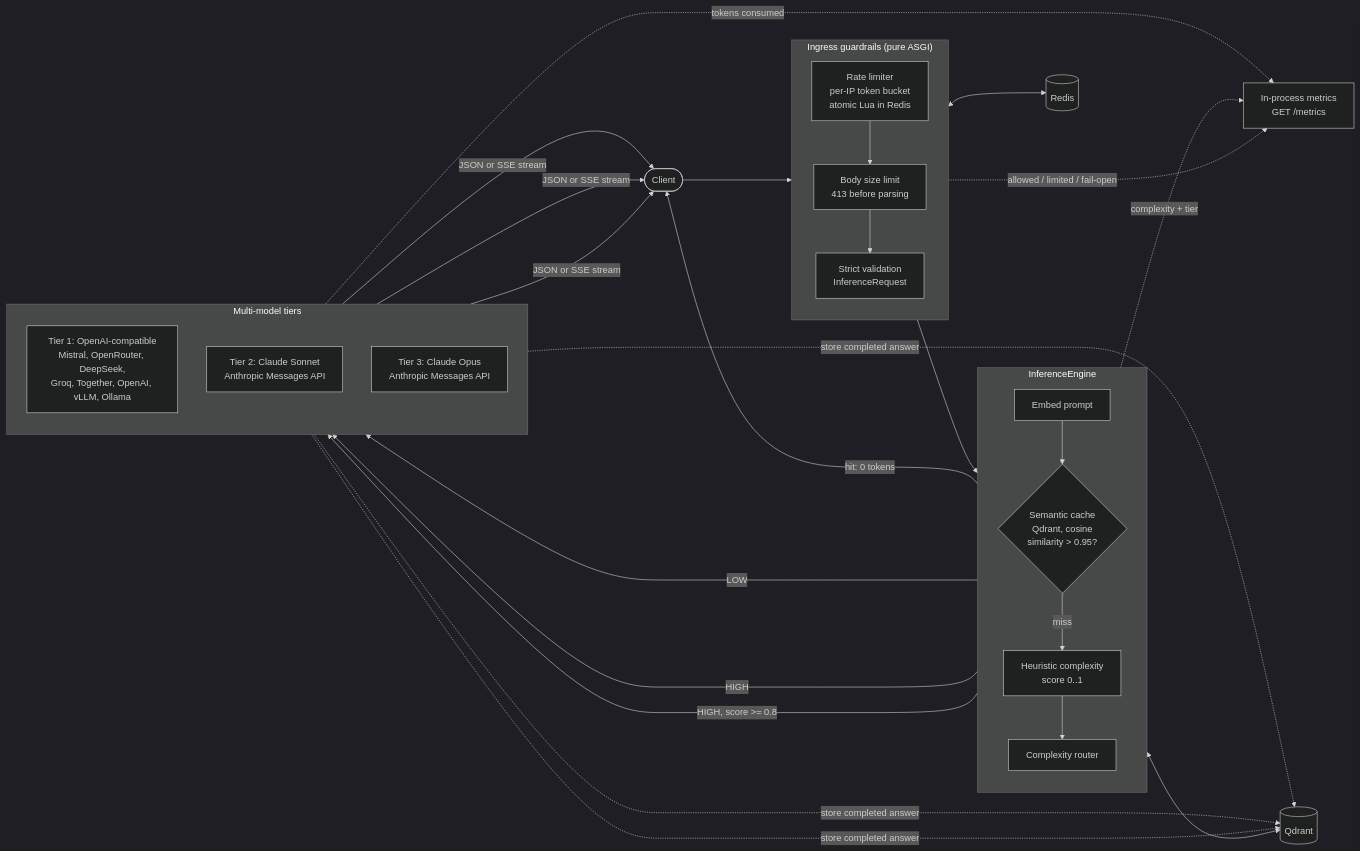
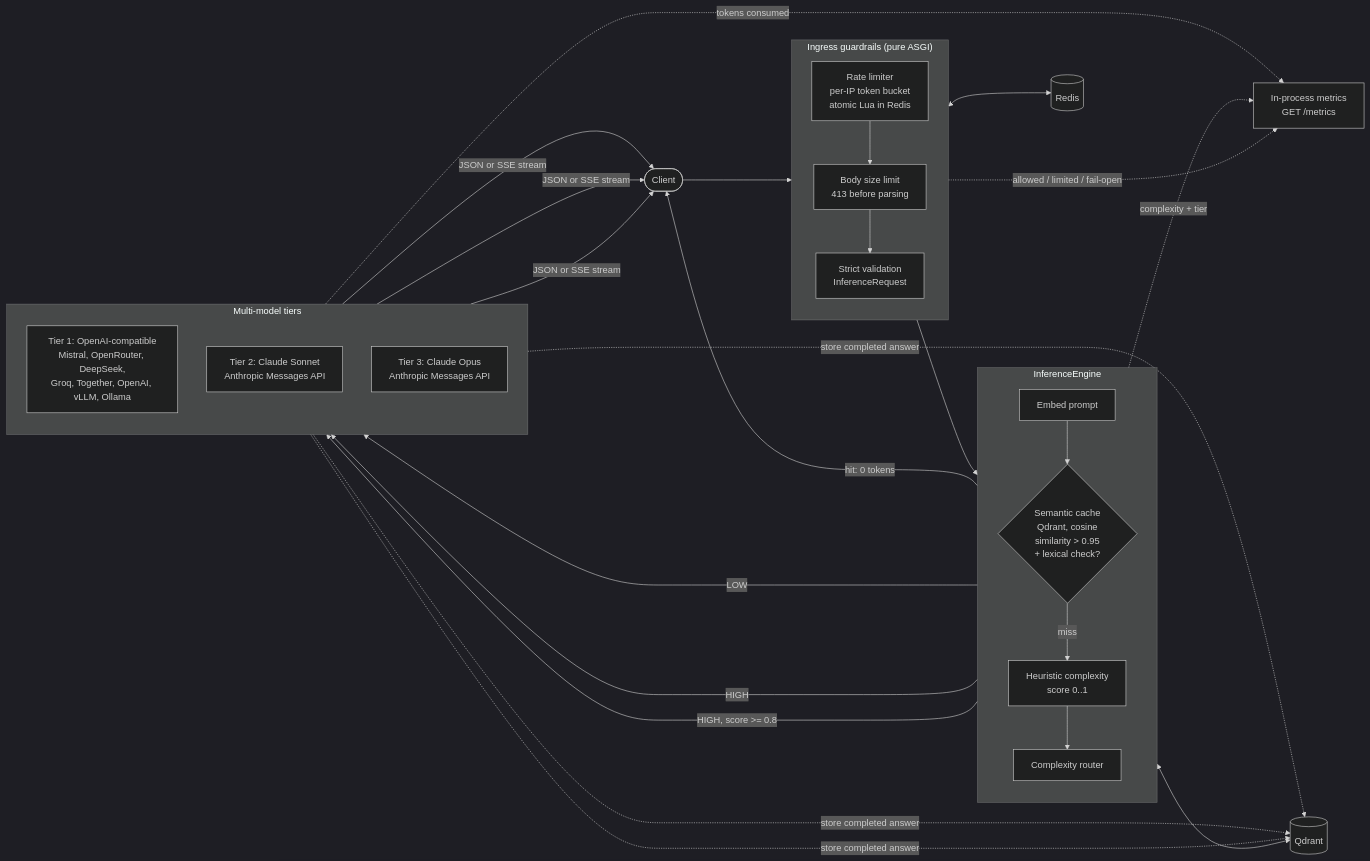
The first of 2 diagrams in README.md (mikeZ98/ai-inference-gateway), drawn with Mermaid (dark theme) before and after one commit. The commit also changed other lines of this file, not shown here.

First line of the commit message:
docs(readme): document lexical cache-hit verification and its trade-off

````diff
--- a/README.md
+++ b/README.md
@@ -36,48 +38,48 @@
 ```mermaid
 flowchart LR
     client(["Client"])
 
     subgraph ingress["Ingress guardrails (pure ASGI)"]
         direction TB
         rl["Rate limiter<br/>per-IP token bucket<br/>atomic Lua in Redis"]
         body["Body size limit<br/>413 before parsing"]
         val["Strict validation<br/>InferenceRequest"]
         rl --> body --> val
     end
 
     subgraph engine["InferenceEngine"]
         direction TB
         embed["Embed prompt"]
-        cache{"Semantic cache<br/>Qdrant, cosine<br/>similarity > 0.95?"}
+        cache{"Semantic cache<br/>Qdrant, cosine<br/>similarity > 0.95<br/>+ lexical check?"}
         heur["Heuristic complexity<br/>score 0..1"]
         router["Complexity router"]
         embed --> cache
         cache -- "miss" --> heur --> router
     end
 
     subgraph tiers["Multi-model tiers"]
         direction TB
         t1["Tier 1: OpenAI-compatible<br/>Mistral, OpenRouter, DeepSeek,<br/>Groq, Together, OpenAI, vLLM, Ollama"]
         t2["Tier 2: Claude Sonnet<br/>Anthropic Messages API"]
         t3["Tier 3: Claude Opus<br/>Anthropic Messages API"]
     end
 
     redis[("Redis")]
     qdrant[("Qdrant")]
     metrics["In-process metrics<br/>GET /metrics"]
 
     client --> rl
     rl <--> redis
     val --> embed
     cache <--> qdrant
     cache -- "hit: 0 tokens" --> client
     router -- "LOW" --> t1
     router -- "HIGH" --> t2
     router -- "HIGH, score >= 0.8" --> t3
     t1 & t2 & t3 -- "JSON or SSE stream" --> client
     t1 & t2 & t3 -. "store completed answer" .-> qdrant
 
     rl -. "allowed / limited / fail-open" .-> metrics
     router -. "complexity + tier" .-> metrics
     tiers -. "tokens consumed" .-> metrics
 ```
````
